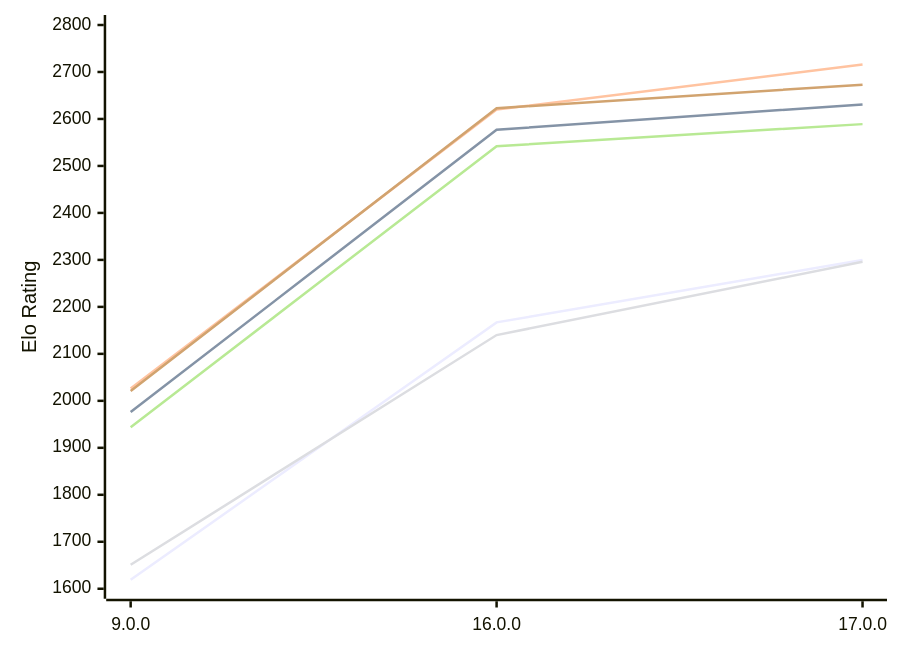
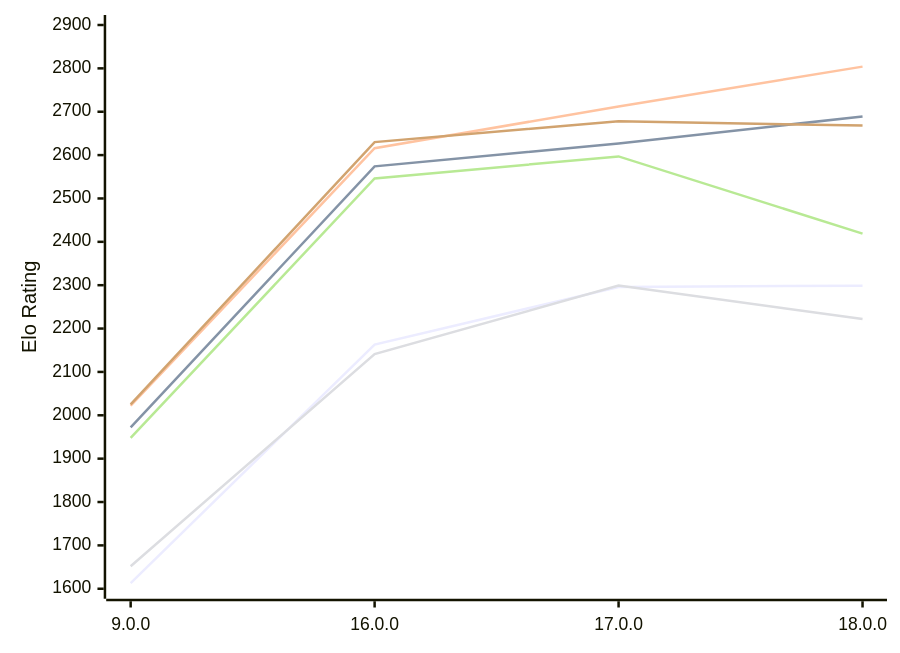
Before and after one commit to computer-chess-index/cci: the first of 2 diagrams in engines/Cepimetheus.md, drawn with Mermaid. The commit also changed other lines of this file, not shown here.

Commit message:
Update CCI Ratings (ELO VLTC) - 2026-11-21

````diff
--- a/engines/Cepimetheus.md
+++ b/engines/Cepimetheus.md
@@ -64,12 +66,12 @@
 ```mermaid
 %%{init: {"theme":"base","themeVariables":{"seriesColors:['#a3a3a3','#222221','#faa371']}}}%%
 xychart-beta
-  x-axis ["9.0.0", "16.0.0", "17.0.0"]
-  y-axis "Elo Rating" 1600 --> 2800
-  line "E1: STC (8.0+0.08s)" [1619, 2167, 2300]
-  line "E1: LTC (60.0+0.60s)" [1976, 2577, 2631]
-  line "E1: VLTC (2m24s+1.12s)" [2026, 2620, 2716]
-  line "P1: STC (8.0+0.08s)" [1651, 2140, 2296]
-  line "P1: LTC (60.0+0.60s)" [1944, 2542, 2589]
-  line "P1: VLTC (2m24s+1.12s)" [2021, 2623, 2673]
+  x-axis ["9.0.0", "16.0.0", "17.0.0", "18.0.0"]
+  y-axis "Elo Rating" 1600 --> 2900
+  line "E1: STC (8.0+0.08s)" [1613, 2163, 2296, 2299]
+  line "E1: LTC (60.0+0.60s)" [1972, 2574, 2627, 2689]
+  line "E1: VLTC (2m24s+1.12s)" [2022, 2616, 2712, 2804]
+  line "P1: STC (8.0+0.08s)" [1652, 2141, 2299, 2222]
+  line "P1: LTC (60.0+0.60s)" [1948, 2546, 2597, 2419]
+  line "P1: VLTC (2m24s+1.12s)" [2025, 2630, 2678, 2668]
 ```
````
